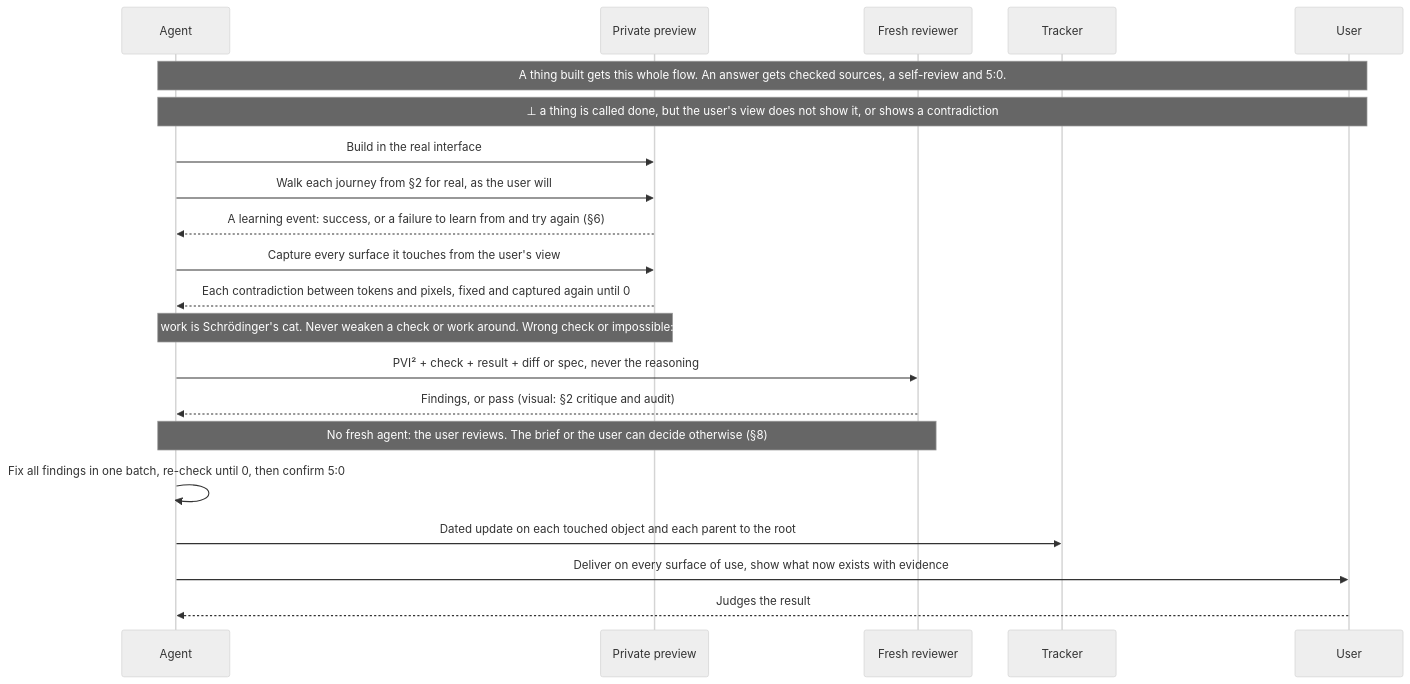
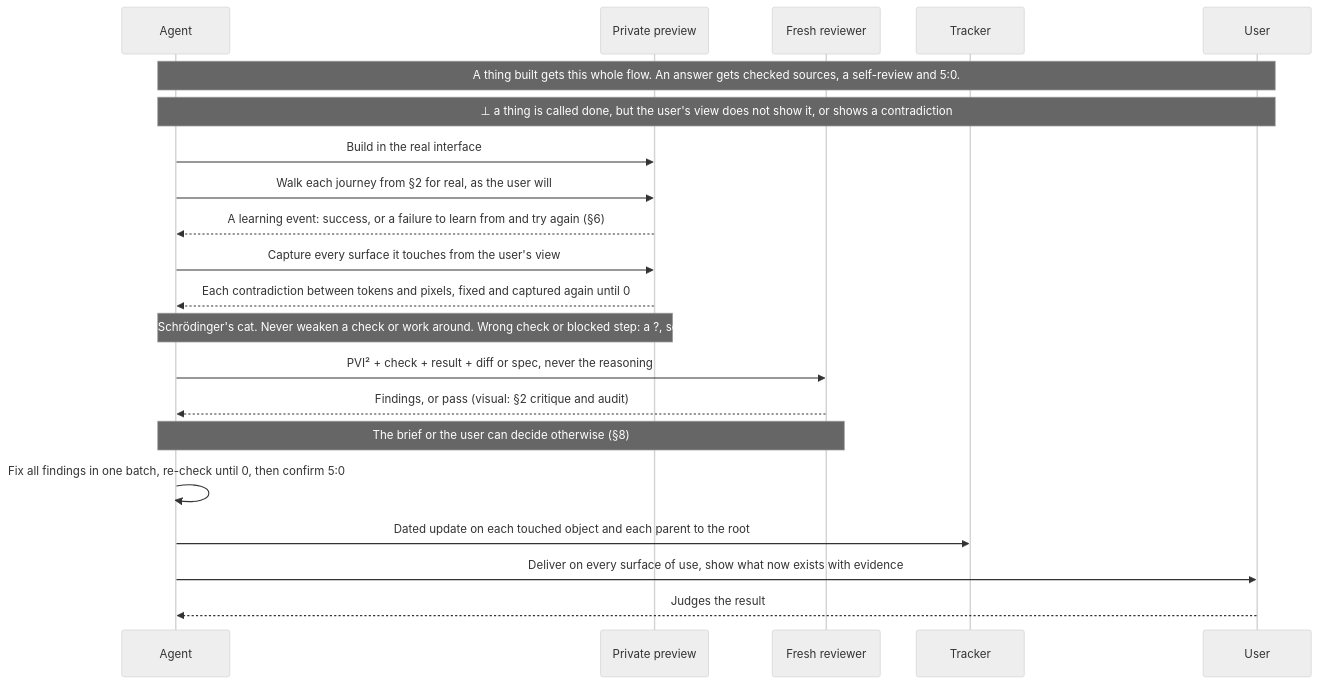
Diagram 11 of 14 in AGENTS.md (SolenixAI/arbiter), drawn with Mermaid (neutral theme) before and after one commit. The commit also changed other lines of this file, not shown here.

First line of the commit message:
docs(arbiter): recipe first, no user fallback, footer names the three bodies

````diff
--- a/AGENTS.md
+++ b/AGENTS.md
@@ -522,23 +522,23 @@
 ```mermaid
 sequenceDiagram
   participant A as Agent
   participant P as Private preview
   participant R as Fresh reviewer
   participant T as Tracker
   participant U as User
   Note over A,U: A thing built gets this whole flow. An answer gets checked sources, a self-review and 5:0.
   Note over A,U: ⊥ a thing is called done, but the user's view does not show it, or shows a contradiction
   A->>P: Build in the real interface
   A->>P: Walk each journey from §2 for real, as the user will
   P-->>A: A learning event: success, or a failure to learn from and try again (§6)
   A->>P: Capture every surface it touches from the user's view
   P-->>A: Each contradiction between tokens and pixels, fixed and captured again until 0
-  Note over A,P: Unobserved work is Schrödinger's cat. Never weaken a check or work around. Wrong check or impossible: tell the user
+  Note over A,P: Unobserved work is Schrödinger's cat. Never weaken a check or work around. Wrong check or blocked step: a ?, search its recipe (§12)
   A->>R: PVI² + check + result + diff or spec, never the reasoning
   R-->>A: Findings, or pass (visual: §2 critique and audit)
-  Note over A,R: No fresh agent: the user reviews. The brief or the user can decide otherwise (§8)
+  Note over A,R: The brief or the user can decide otherwise (§8)
   A->>A: Fix all findings in one batch, re-check until 0, then confirm 5:0
   A->>T: Dated update on each touched object and each parent to the root
   A->>U: Deliver on every surface of use, show what now exists with evidence
   U-->>A: Judges the result
 ```
````
